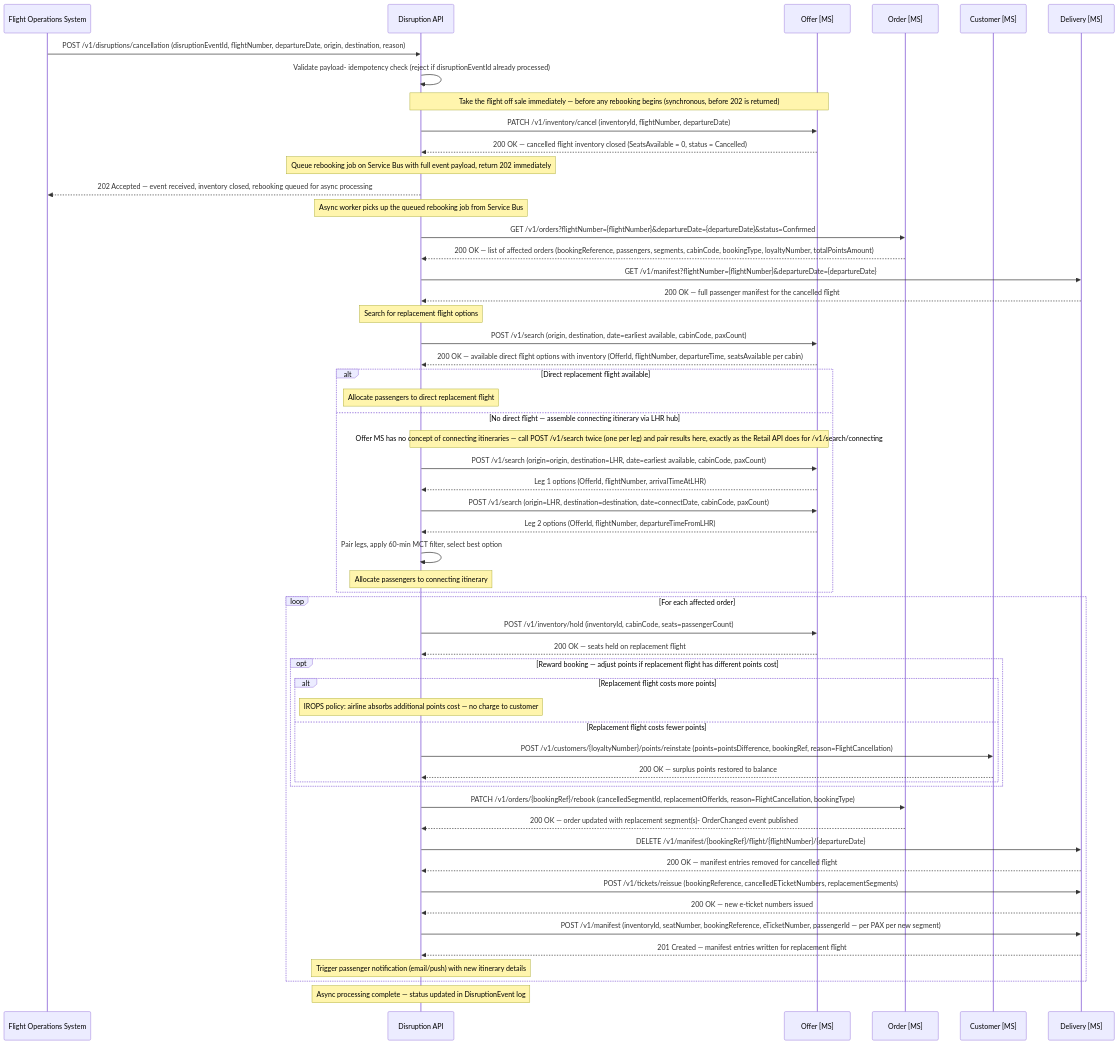
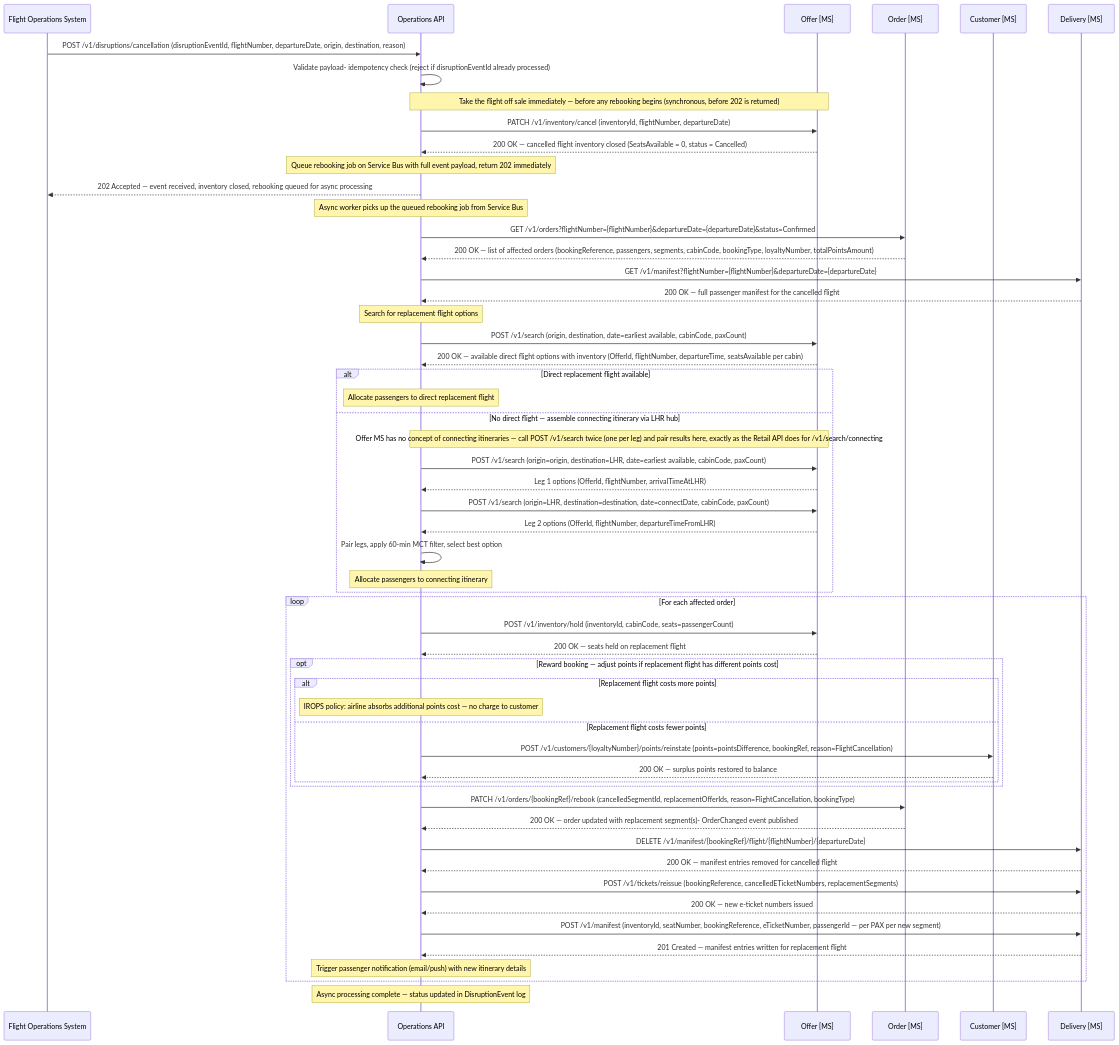
Before and after one commit to sebharvey/airline-reservation-system: the third of 3 diagrams in documentation/design/disruption.md, drawn with Mermaid. The commit also changed other lines of this file and 32 other files, not shown here.

First line of the commit message:
Move disruption orchestration into Operations API; remove standalone Disruption API

````diff
--- a/documentation/design/disruption.md
+++ b/documentation/design/disruption.md
@@ -93,73 +93,73 @@
 ```mermaid
 sequenceDiagram
     participant FOS as Flight Operations System
-    participant DisruptionAPI as Disruption API
+    participant DisruptionAPI as Operations API
     participant OfferMS as Offer [MS]
     participant OrderMS as Order [MS]
     participant CustomerMS as Customer [MS]
     participant DeliveryMS as Delivery [MS]
 
     FOS->>DisruptionAPI: POST /v1/disruptions/cancellation (disruptionEventId, flightNumber, departureDate, origin, destination, reason)
     DisruptionAPI->>DisruptionAPI: Validate payload- idempotency check (reject if disruptionEventId already processed)
 
     Note over DisruptionAPI,OfferMS: Take the flight off sale immediately — before any rebooking begins (synchronous, before 202 is returned)
     DisruptionAPI->>OfferMS: PATCH /v1/inventory/cancel (inventoryId, flightNumber, departureDate)
     OfferMS-->>DisruptionAPI: 200 OK — cancelled flight inventory closed (SeatsAvailable = 0, status = Cancelled)
 
     Note over DisruptionAPI: Queue rebooking job on Service Bus with full event payload, return 202 immediately
     DisruptionAPI-->>FOS: 202 Accepted — event received, inventory closed, rebooking queued for async processing
 
     Note over DisruptionAPI: Async worker picks up the queued rebooking job from Service Bus
     DisruptionAPI->>OrderMS: GET /v1/orders?flightNumber={flightNumber}&departureDate={departureDate}&status=Confirmed
     OrderMS-->>DisruptionAPI: 200 OK — list of affected orders (bookingReference, passengers, segments, cabinCode, bookingType, loyaltyNumber, totalPointsAmount)
 
     DisruptionAPI->>DeliveryMS: GET /v1/manifest?flightNumber={flightNumber}&departureDate={departureDate}
     DeliveryMS-->>DisruptionAPI: 200 OK — full passenger manifest for the cancelled flight
 
     Note over DisruptionAPI: Search for replacement flight options
 
     DisruptionAPI->>OfferMS: POST /v1/search (origin, destination, date=earliest available, cabinCode, paxCount)
     OfferMS-->>DisruptionAPI: 200 OK — available direct flight options with inventory (OfferId, flightNumber, departureTime, seatsAvailable per cabin)
 
     alt Direct replacement flight available
         Note over DisruptionAPI: Allocate passengers to direct replacement flight
     else No direct flight — assemble connecting itinerary via LHR hub
         Note over DisruptionAPI,OfferMS: Offer MS has no concept of connecting itineraries — call POST /v1/search twice (one per leg) and pair results here, exactly as the Retail API does for /v1/search/connecting
         DisruptionAPI->>OfferMS: POST /v1/search (origin=origin, destination=LHR, date=earliest available, cabinCode, paxCount)
         OfferMS-->>DisruptionAPI: Leg 1 options (OfferId, flightNumber, arrivalTimeAtLHR)
         DisruptionAPI->>OfferMS: POST /v1/search (origin=LHR, destination=destination, date=connectDate, cabinCode, paxCount)
         OfferMS-->>DisruptionAPI: Leg 2 options (OfferId, flightNumber, departureTimeFromLHR)
         DisruptionAPI->>DisruptionAPI: Pair legs, apply 60-min MCT filter, select best option
         Note over DisruptionAPI: Allocate passengers to connecting itinerary
     end
 
     loop For each affected order
         DisruptionAPI->>OfferMS: POST /v1/inventory/hold (inventoryId, cabinCode, seats=passengerCount)
         OfferMS-->>DisruptionAPI: 200 OK — seats held on replacement flight
 
         opt Reward booking — adjust points if replacement flight has different points cost
             alt Replacement flight costs more points
                 Note over DisruptionAPI: IROPS policy: airline absorbs additional points cost — no charge to customer
             else Replacement flight costs fewer points
                 DisruptionAPI->>CustomerMS: POST /v1/customers/{loyaltyNumber}/points/reinstate (points=pointsDifference, bookingRef, reason=FlightCancellation)
                 CustomerMS-->>DisruptionAPI: 200 OK — surplus points restored to balance
             end
         end
 
         DisruptionAPI->>OrderMS: PATCH /v1/orders/{bookingRef}/rebook (cancelledSegmentId, replacementOfferIds, reason=FlightCancellation, bookingType)
         OrderMS-->>DisruptionAPI: 200 OK — order updated with replacement segment(s)- OrderChanged event published
 
         DisruptionAPI->>DeliveryMS: DELETE /v1/manifest/{bookingRef}/flight/{flightNumber}/{departureDate}
         DeliveryMS-->>DisruptionAPI: 200 OK — manifest entries removed for cancelled flight
 
         DisruptionAPI->>DeliveryMS: POST /v1/tickets/reissue (bookingReference, cancelledETicketNumbers, replacementSegments)
         DeliveryMS-->>DisruptionAPI: 200 OK — new e-ticket numbers issued
 
         DisruptionAPI->>DeliveryMS: POST /v1/manifest (inventoryId, seatNumber, bookingReference, eTicketNumber, passengerId — per PAX per new segment)
         DeliveryMS-->>DisruptionAPI: 201 Created — manifest entries written for replacement flight
 
         Note over DisruptionAPI: Trigger passenger notification (email/push) with new itinerary details
     end
 
     Note over DisruptionAPI: Async processing complete — status updated in DisruptionEvent log
 ```
````
